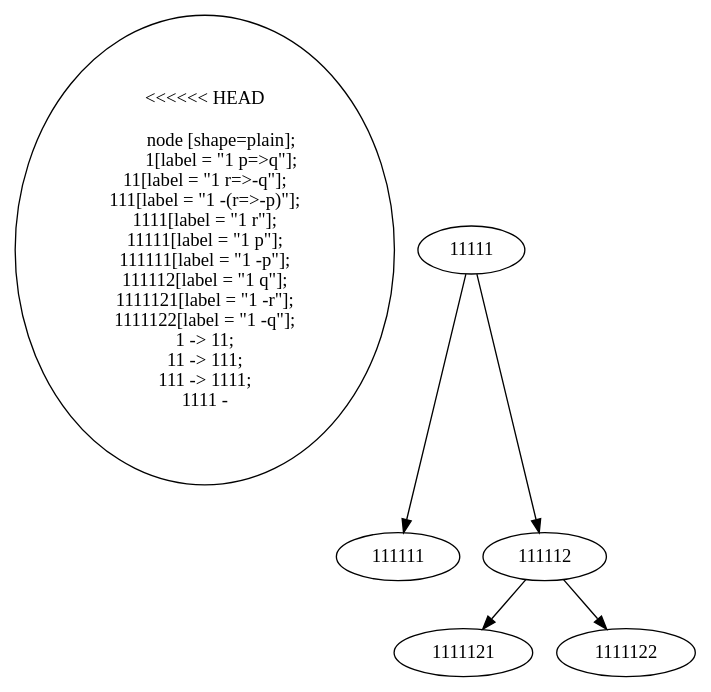
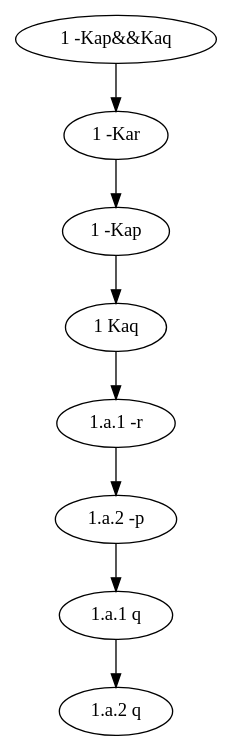
One commit to cagve/epistemic-tree changed the diagram in lib/dots/graph_test.dot. Above: the diagram before and after it, drawn with Graphviz. The commit also changed 6 other files, not shown here.

```diff
--- a/lib/dots/graph_test.dot
+++ b/lib/dots/graph_test.dot
@@ -1,22 +1,17 @@
 digraph G {
-<<<<<<< HEAD
-
-        node [shape=plain];
-        1[label = "1 p=>q"];
-11[label = "1 r=>-q"];
-111[label = "1 -(r=>-p)"];
-1111[label = "1 r"];
-11111[label = "1 p"];
-111111[label = "1 -p"];
-111112[label = "1 q"];
-1111121[label = "1 -r"];
-1111122[label = "1 -q"];
+1[label = "1 -Kap&&Kaq"];
+11[label = "1 -Kar"];
+111[label = "1 -Kap"];
+1111[label = "1 Kaq"];
+11111[label = "1.a.1 -r"];
+111111[label = "1.a.2 -p"];
+11111111[label = "1.a.1 q"];
+111111111[label = "1.a.2 q"];
 1 -> 11;
 11 -> 111;
 111 -> 1111;
 1111 -> 11111;
 11111 -> 111111;
-11111 -> 111112;
-111112 -> 1111121;
-111112 -> 1111122;
+111111 -> 11111111;
+11111111 -> 111111111;
 }
```
